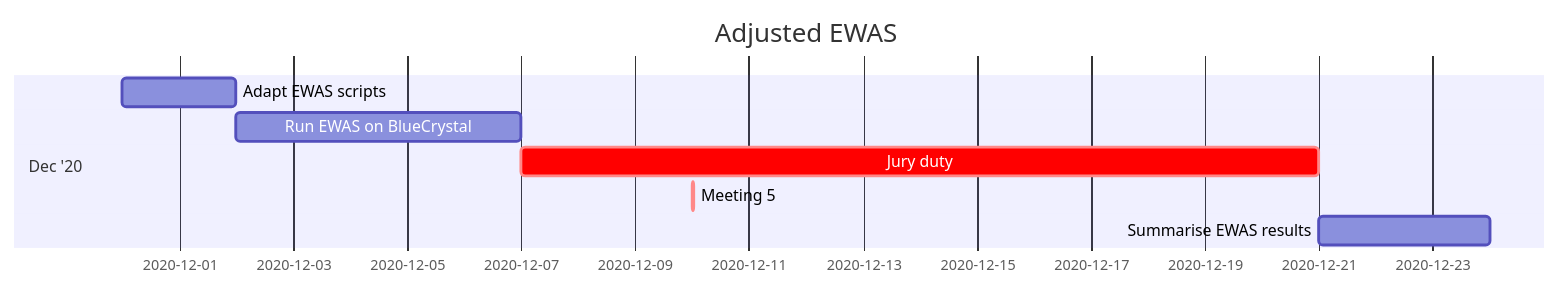
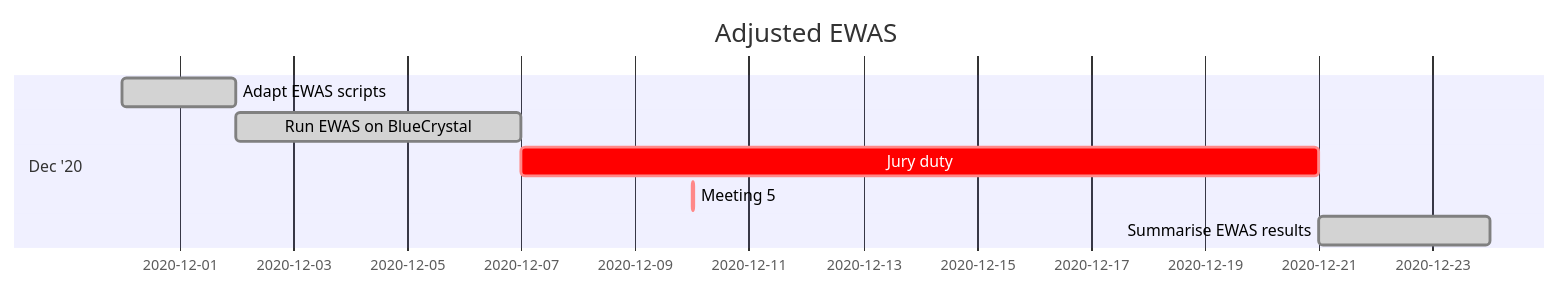
One commit to flozoemartin/MP1 changed the third of 5 diagrams in Planning/MP1 Gantt.md. Above: the diagram before and after it, drawn with Mermaid. The commit also changed other lines of this file, not shown here.

Commit message:
Update MP1 Gantt.md

````diff
--- a/Planning/MP1 Gantt.md
+++ b/Planning/MP1 Gantt.md
@@ -37,12 +37,12 @@
 ```mermaid
 gantt
     dateFormat  YYYY-MM-DD
     title       Adjusted EWAS
     
     section Dec '20
-    Adapt EWAS scripts                        :des9, 2020-11-30, 2020-12-02
-    Run EWAS on BlueCrystal                   :des10, after des9, 5d
+    Adapt EWAS scripts                        :done, des9, 2020-11-30, 2020-12-02
+    Run EWAS on BlueCrystal                   :done, des10, after des9, 5d
     Jury duty                                 :crit, 2020-12-07, 14d
     Meeting 5                                 :crit, 2020-12-10, 1h
-    Summarise EWAS results                    :des11, 2020-12-21, 3d
+    Summarise EWAS results                    :done, des11, 2020-12-21, 3d
 ```
````
